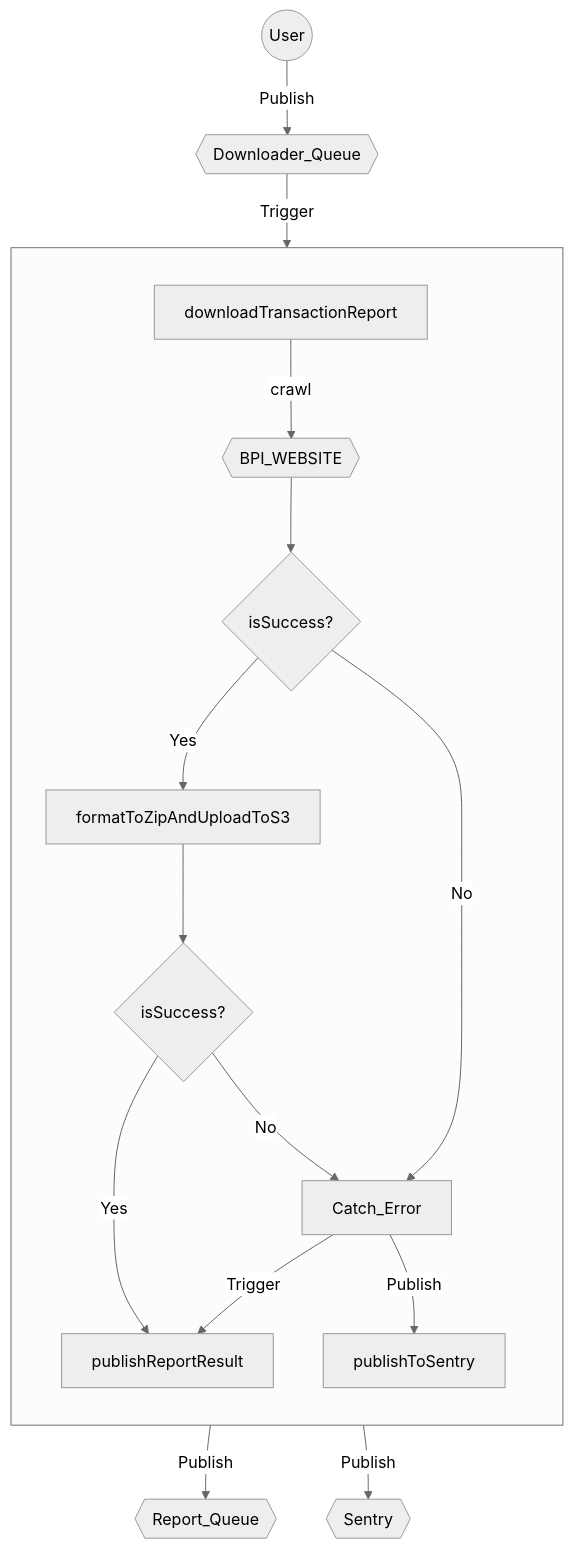
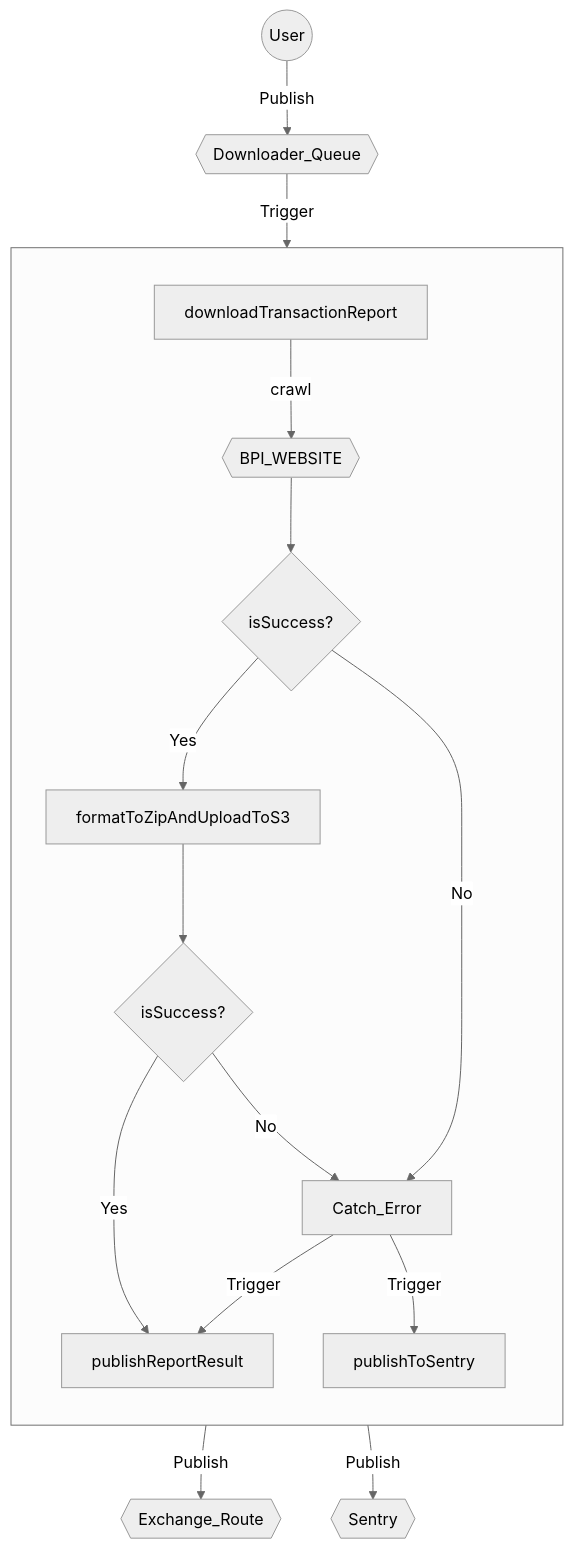
One commit to reyapr/mermaid-playground changed the diagram in README.md. Above: the diagram before and after it, drawn with Mermaid (neutral theme).

Commit message:
adjsut naming

````diff
--- a/README.md
+++ b/README.md
@@ -9,24 +9,24 @@
 ``` mermaid
     graph TB
     User((User)) -- Publish --> Downloader_Queue
     Downloader_Queue{{Downloader_Queue}} -- Trigger --> downloadTransactionReport
     
     subgraph BPI_Controller[" "]
         direction TB
         downloadTransactionReport --> |crawl| BPI_WEBSITE{{BPI_WEBSITE}}
         BPI_WEBSITE --> crawling{isSuccess?}
         
         crawling -- Yes --> formatToZipAndUploadToS3
         crawling -- No --> Catch_Error
         
         formatToZipAndUploadToS3 --> uploaded{isSuccess?}
         uploaded -- Yes --> publishReportResult
         
         uploaded -- No --> Catch_Error
         Catch_Error -- Trigger --> publishReportResult
-        Catch_Error -- Publish --> publishToSentry
+        Catch_Error -- Trigger --> publishToSentry
     end
     
-    publishReportResult -- Publish --> Report_Queue{{Report_Queue}}
+    publishReportResult -- Publish --> Exchange_Route{{Exchange_Route}}
     publishToSentry -- Publish --> Sentry{{Sentry}}
 ```   
````
